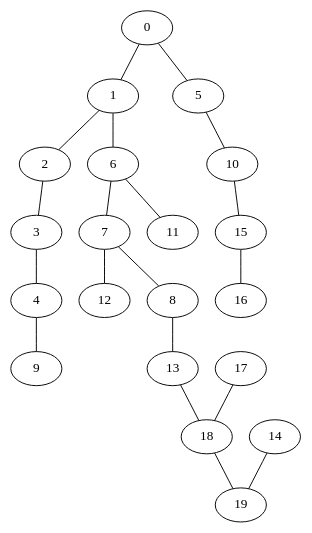
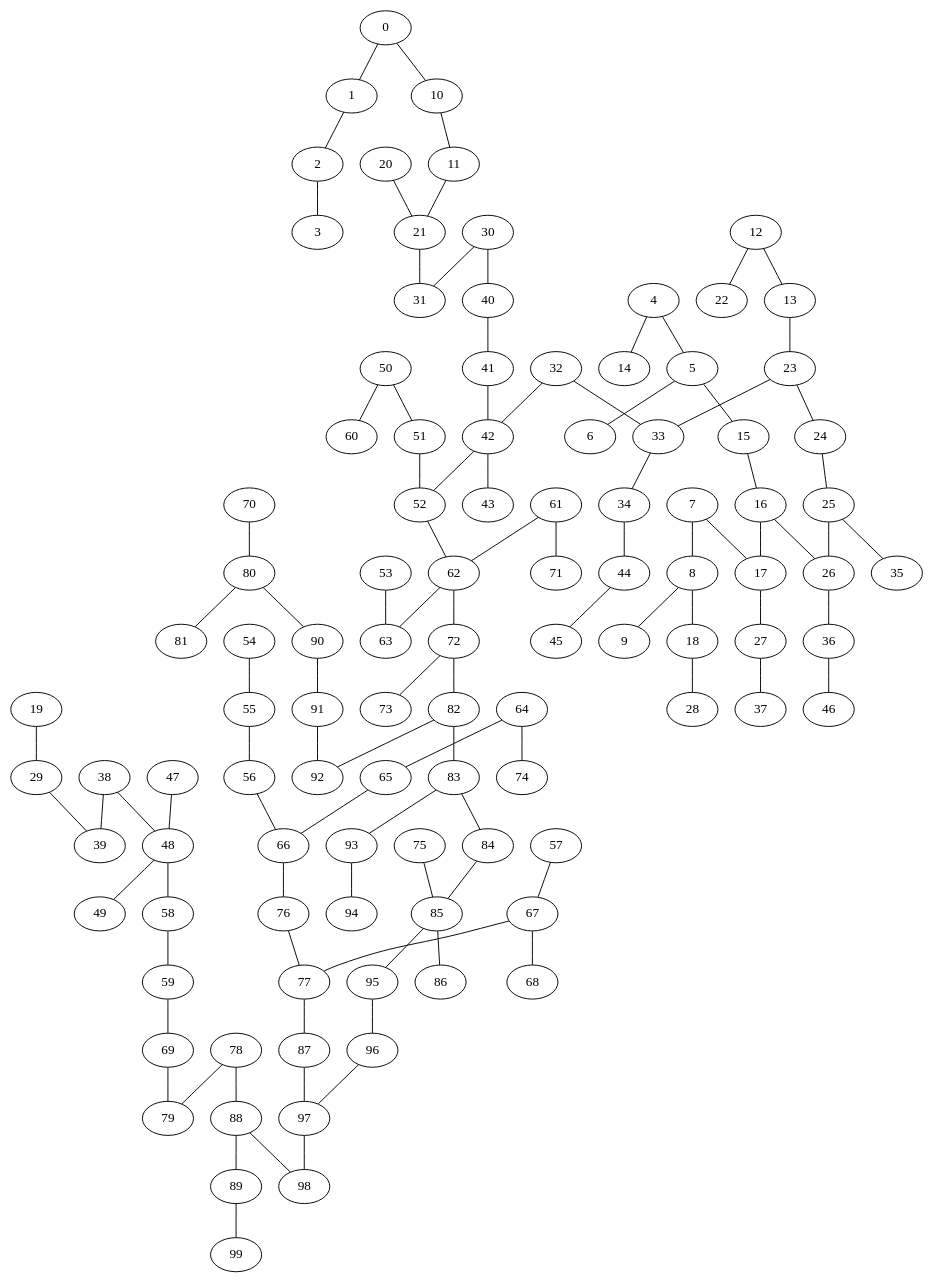
One commit to corentinckf/projetZ1 changed the diagram in partition/mathieu/graph.dot. Above: the diagram before and after it, drawn with Graphviz. The commit also changed 7 other files, not shown here.

```diff
--- a/partition/mathieu/graph.dot
+++ b/partition/mathieu/graph.dot
@@ -1,23 +1,103 @@
 graph { 
 	0--1
-	10--15
-	0--5
-	3--4
+	75--85
+	27--37
+	33--34
+	13--23
+	19--29
+	80--81
+	24--25
+	23--33
+	47--48
+	10--11
+	18--28
+	61--62
+	95--96
+	70--80
+	93--94
+	30--40
+	85--95
 	1--2
-	7--12
-	18--19
+	12--22
+	87--97
+	41--42
+	4--14
+	62--72
+	40--41
+	85--86
+	20--21
+	15--16
+	11--21
+	32--33
+	67--77
+	26--36
+	83--93
+	55--56
+	38--39
+	65--66
+	89--99
+	80--90
+	21--31
+	16--17
+	91--92
+	25--26
+	32--42
+	84--85
+	5--6
+	38--48
 	7--8
-	6--7
-	6--11
-	5--10
-	1--6
-	13--18
-	14--19
-	8--13
+	44--45
+	66--76
+	97--98
+	16--26
+	76--77
+	54--55
+	62--63
+	23--24
+	5--15
+	83--84
+	56--66
+	12--13
+	77--87
+	96--97
 	2--3
-	4--9
-	15--16
-	17--18
+	53--63
+	57--67
+	4--5
+	82--92
+	34--44
+	88--98
+	51--52
+	48--49
+	17--27
+	25--35
+	90--91
+	52--62
+	58--59
+	30--31
+	64--74
+	0--10
+	64--65
+	50--60
+	7--17
+	78--79
+	36--46
+	72--73
+	69--79
+	78--88
+	42--52
+	61--71
+	8--9
+	48--58
+	8--18
+	29--39
+	82--83
+	72--82
+	50--51
+	59--69
+	67--68
+	42--43
+	88--89
 	0
 	1
 	2
@@ -38,4 +118,84 @@
 	17
 	18
 	19
+	20
+	21
+	22
+	23
+	24
+	25
+	26
+	27
+	28
+	29
+	30
+	31
+	32
+	33
+	34
+	35
+	36
+	37
+	38
+	39
+	40
+	41
+	42
+	43
+	44
+	45
+	46
+	47
+	48
+	49
+	50
+	51
+	52
+	53
+	54
+	55
+	56
+	57
+	58
+	59
+	60
+	61
+	62
+	63
+	64
+	65
+	66
+	67
+	68
+	69
+	70
+	71
+	72
+	73
+	74
+	75
+	76
+	77
+	78
+	79
+	80
+	81
+	82
+	83
+	84
+	85
+	86
+	87
+	88
+	89
+	90
+	91
+	92
+	93
+	94
+	95
+	96
+	97
+	98
+	99
 } 
```
